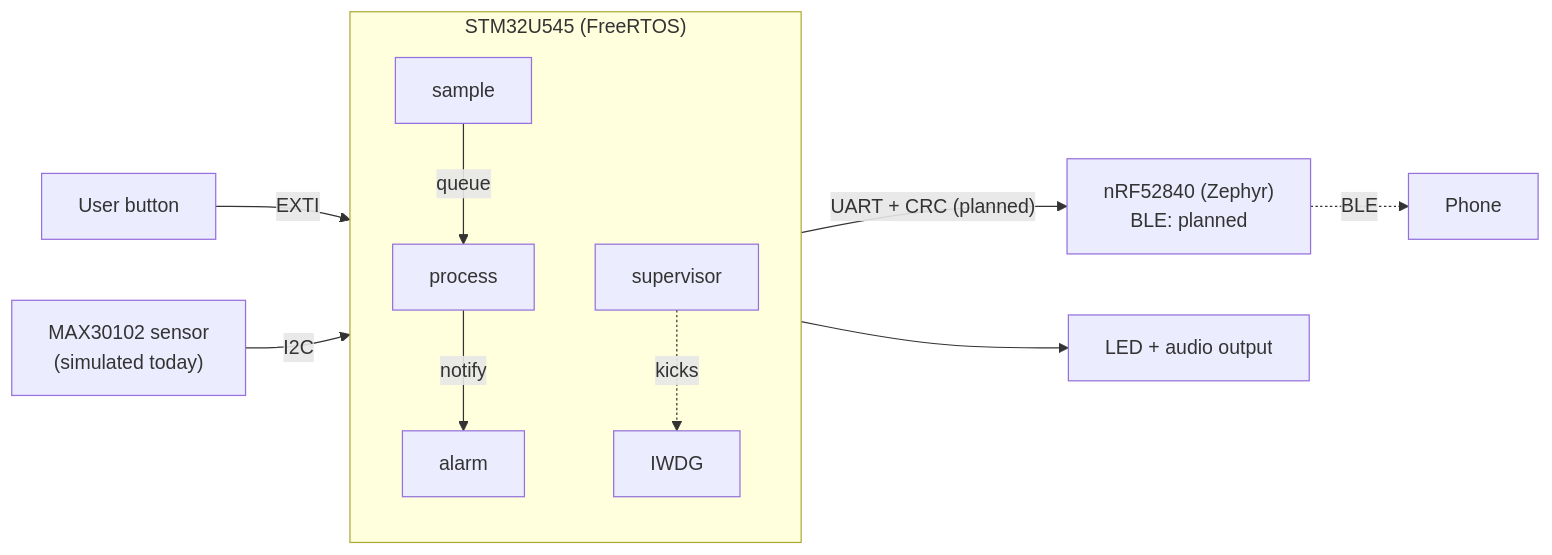
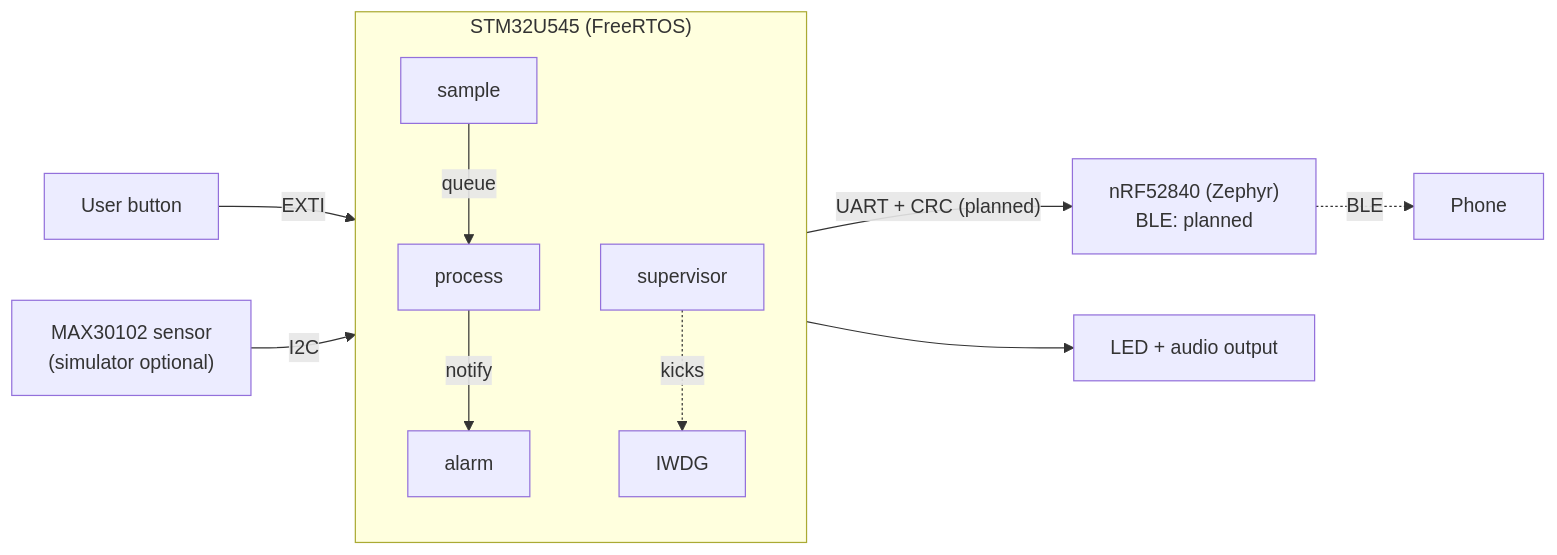
The diagram in README.md (rachelle-dbuske/vital), drawn with Mermaid before and after one commit. The commit also changed other lines of this file and 1 other file, not shown here.

````diff
--- a/README.md
+++ b/README.md
@@ -44,14 +44,14 @@
 ```mermaid
 flowchart LR
-    S["MAX30102 sensor<br/>(simulated today)"] -->|I2C| U
+    S["MAX30102 sensor<br/>(simulator optional)"] -->|I2C| U
     subgraph U["STM32U545 (FreeRTOS)"]
         direction TB
         SA[sample] -->|queue| PR[process]
         PR -->|notify| AL[alarm]
         SUP[supervisor] -.->|kicks| WD[IWDG]
     end
     U -->|"UART + CRC (planned)"| N["nRF52840 (Zephyr)<br/>BLE: planned"]
     N -.->|BLE| P[Phone]
     AL --> O["LED + audio output"]
     B["User button"] -->|EXTI| AL
 ```
````
